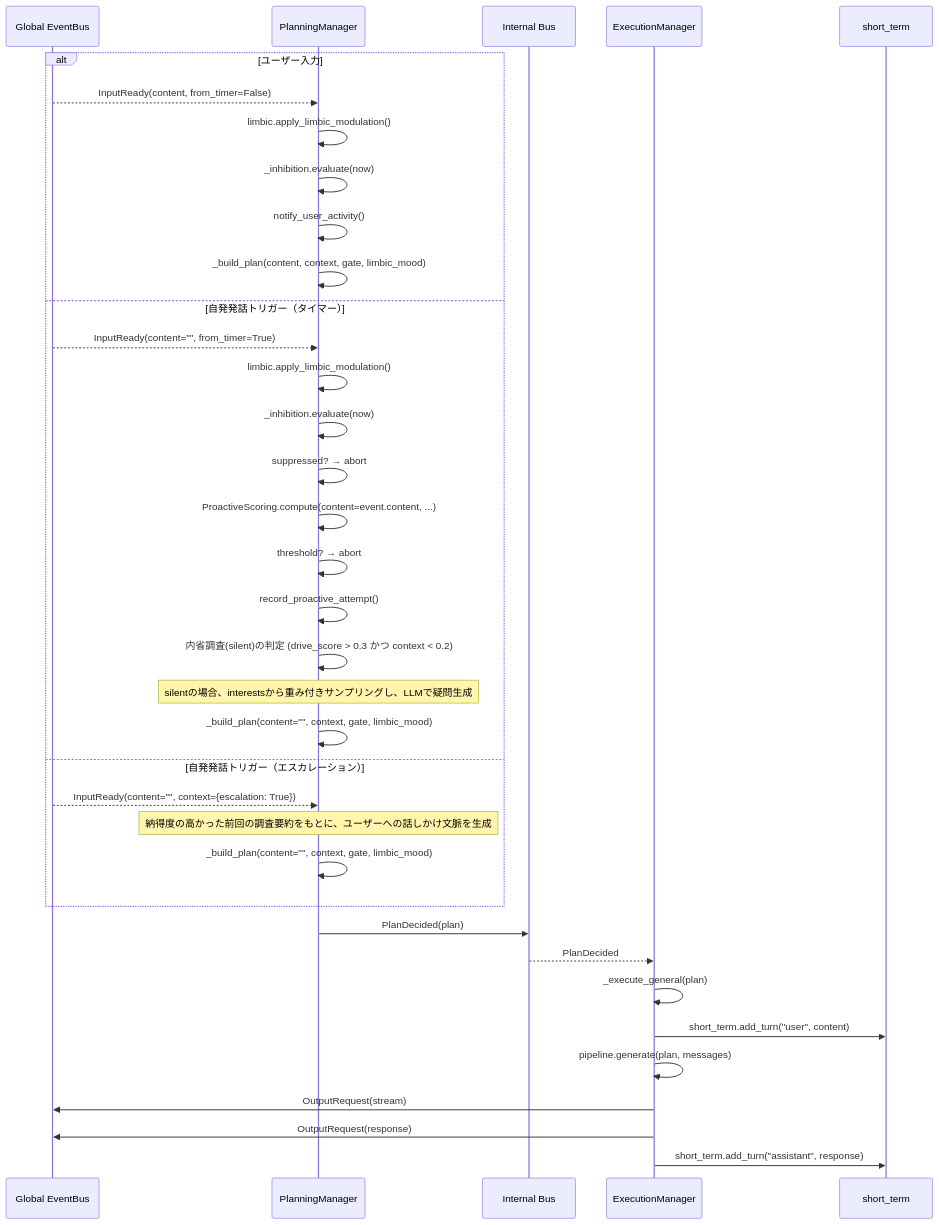
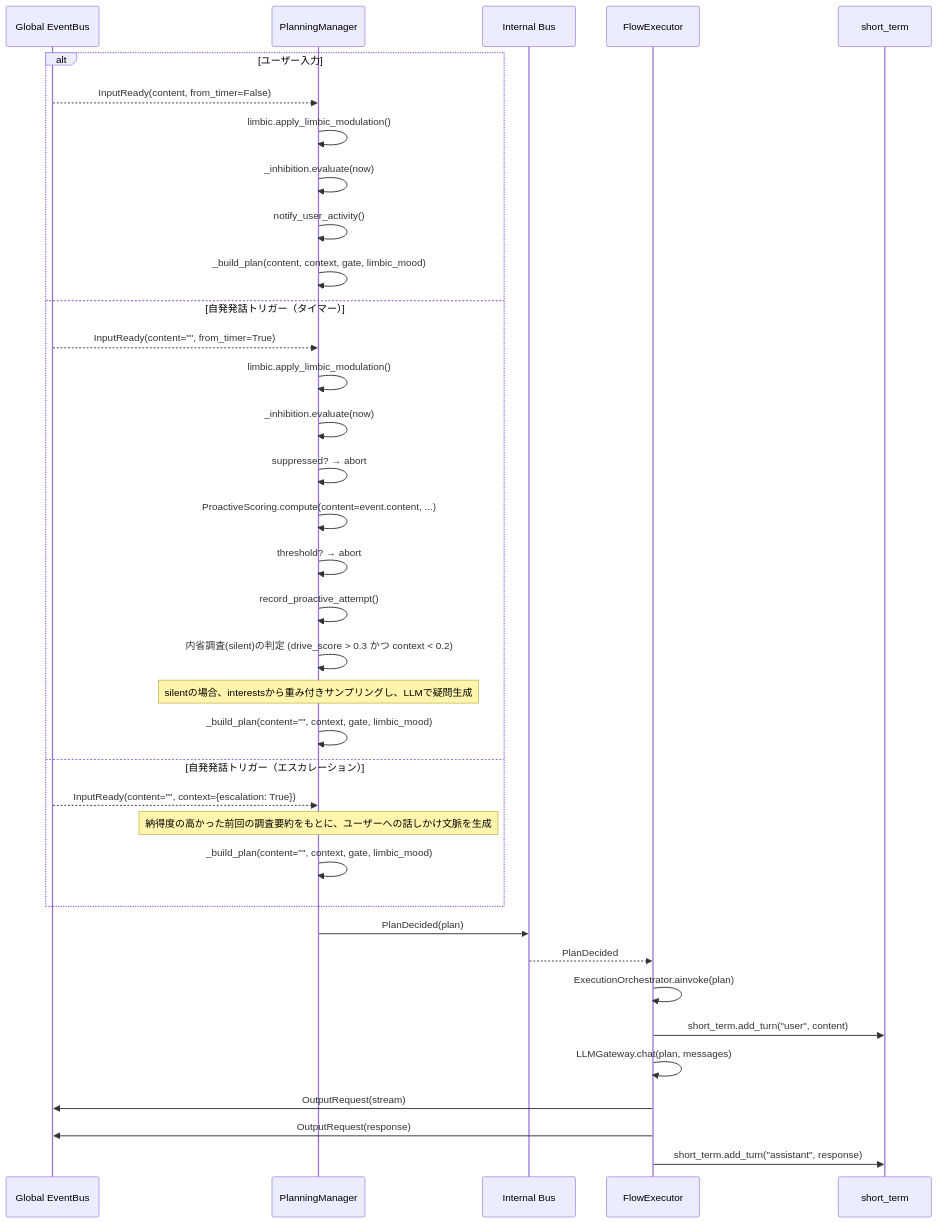
The first of 3 diagrams in docs/agency-layer.md (ibukani/iris-mind), drawn with Mermaid before and after one commit. The commit also changed other lines of this file and 35 other files, not shown here.

````diff
--- a/docs/agency-layer.md
+++ b/docs/agency-layer.md
@@ -40,42 +40,42 @@
 ```mermaid
 sequenceDiagram
     participant EB as Global EventBus
     participant PL as PlanningManager
     participant IB as Internal Bus
-    participant EX as ExecutionManager
+    participant EX as FlowExecutor
     participant STM as short_term
 
     alt ユーザー入力
         EB-->>PL: InputReady(content, from_timer=False)
         PL->>PL: limbic.apply_limbic_modulation()
         PL->>PL: _inhibition.evaluate(now)
         PL->>PL: notify_user_activity()
         PL->>PL: _build_plan(content, context, gate, limbic_mood)
     else 自発発話トリガー（タイマー）
         EB-->>PL: InputReady(content="", from_timer=True)
         PL->>PL: limbic.apply_limbic_modulation()
         PL->>PL: _inhibition.evaluate(now)
         PL->>PL: suppressed? → abort
         PL->>PL: ProactiveScoring.compute(content=event.content, ...)
         PL->>PL: threshold? → abort
         PL->>PL: record_proactive_attempt()
         PL->>PL: 内省調査(silent)の判定 (drive_score > 0.3 かつ context < 0.2)
         Note over PL: silentの場合、interestsから重み付きサンプリングし、LLMで疑問生成
         PL->>PL: _build_plan(content="", context, gate, limbic_mood)
     else 自発発話トリガー（エスカレーション）
         EB-->>PL: InputReady(content="", context={escalation: True})
         Note over PL: 納得度の高かった前回の調査要約をもとに、ユーザーへの話しかけ文脈を生成
         PL->>PL: _build_plan(content="", context, gate, limbic_mood)
     end
 
 
     PL->>IB: PlanDecided(plan)
     IB-->>EX: PlanDecided
 
-    EX->>EX: _execute_general(plan)
+    EX->>EX: ExecutionOrchestrator.ainvoke(plan)
     EX->>STM: short_term.add_turn("user", content)  # Plan決定後に追加
-    EX->>EX: pipeline.generate(plan, messages)
+    EX->>EX: LLMGateway.chat(plan, messages)
     EX->>EB: OutputRequest(stream)
     EX->>EB: OutputRequest(response)
     EX->>STM: short_term.add_turn("assistant", response)
 ```
````
